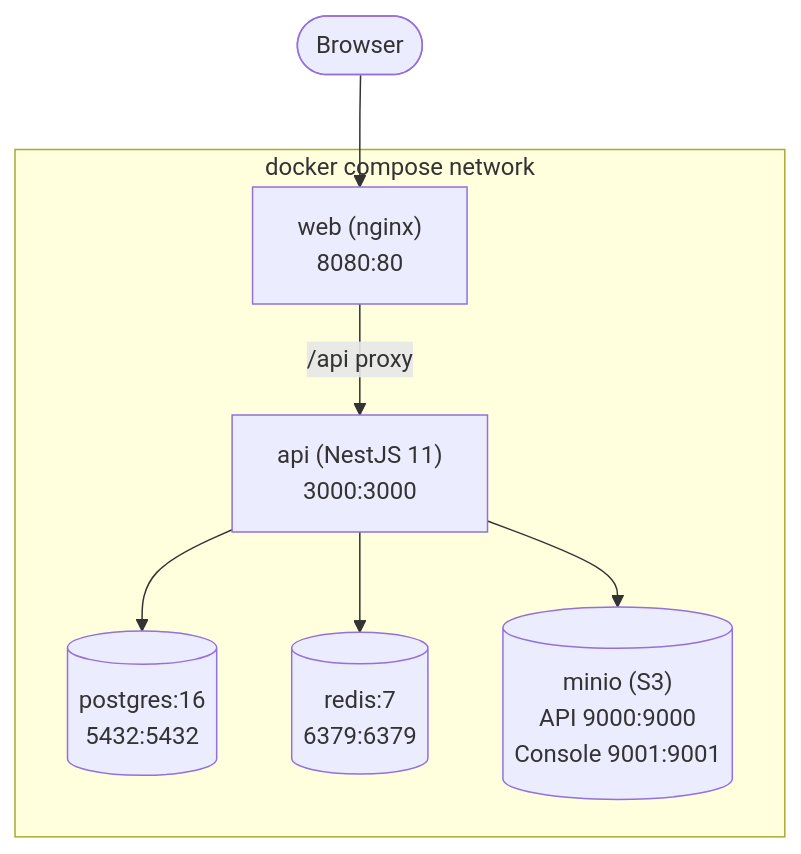
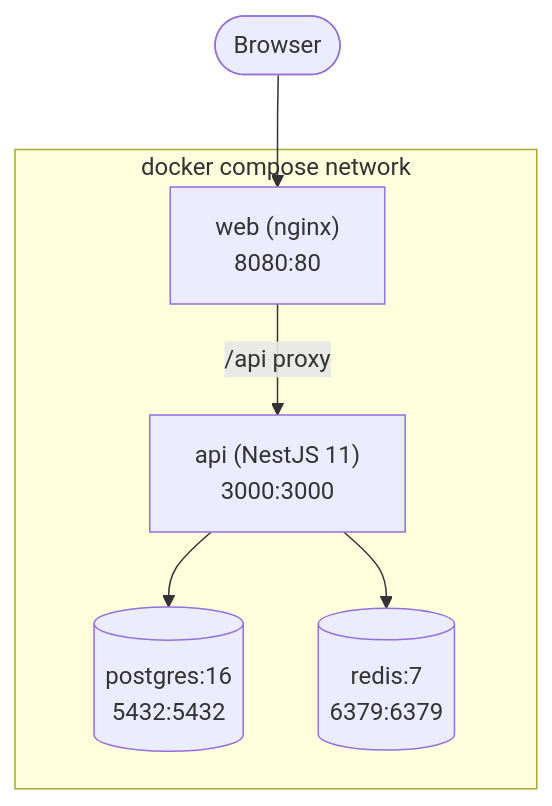
Before and after one commit to luscanascimento/financial-system: the first of 2 diagrams in docs/deployment.md, drawn with Mermaid. The commit also changed other lines of this file and 6 other files, not shown here.

First line of the commit message:
docs: align the ADRs and architecture doc with the implementation

````diff
--- a/docs/deployment.md
+++ b/docs/deployment.md
@@ -13,16 +13,14 @@
 ```mermaid
 graph TD
   subgraph Compose["docker compose network"]
     Web["web (nginx)<br/>8080:80"]
     API["api (NestJS 11)<br/>3000:3000"]
     PG[("postgres:16<br/>5432:5432")]
     Redis[("redis:7<br/>6379:6379")]
-    MinIO[("minio (S3)<br/>API 9000:9000<br/>Console 9001:9001")]
   end
 
   Browser(["Browser"]) --> Web
   Web -->|"/api proxy"| API
   API --> PG
   API --> Redis
-  API --> MinIO
 ```
````
